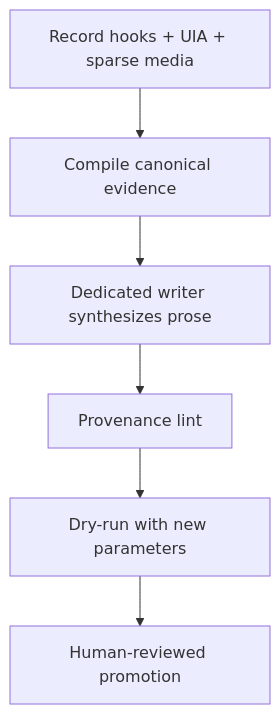
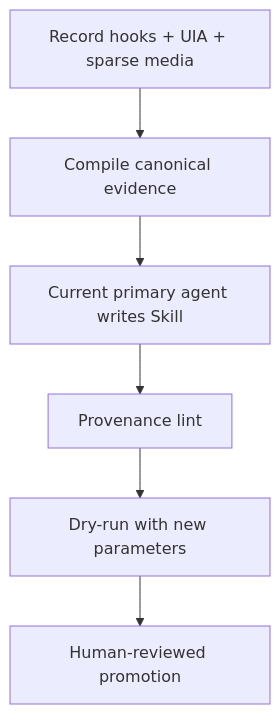
One commit to Guojiz/FastCUA changed the second of 2 diagrams in docs/TECHNICAL_PAPER.md. Above: the diagram before and after it, drawn with Mermaid. The commit also changed other lines of this file and 5 other files, not shown here.

Commit message:
docs: align install and model architecture

````diff
--- a/docs/TECHNICAL_PAPER.md
+++ b/docs/TECHNICAL_PAPER.md
@@ -272,8 +274,8 @@
 ```mermaid
 flowchart TB
   A["Record hooks + UIA + sparse media"] --> B["Compile canonical evidence"]
-  B --> C["Dedicated writer synthesizes prose"]
+  B --> C["Current primary agent writes Skill"]
   C --> D["Provenance lint"]
   D --> E["Dry-run with new parameters"]
   E --> F["Human-reviewed promotion"]
 ```
````
